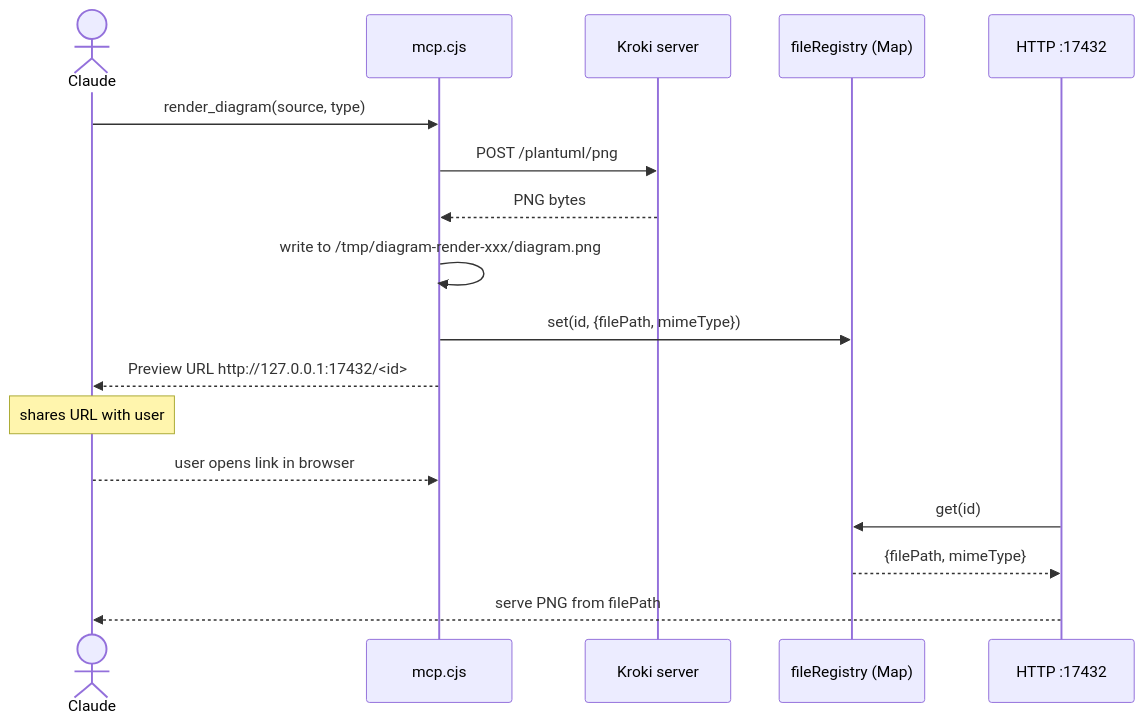
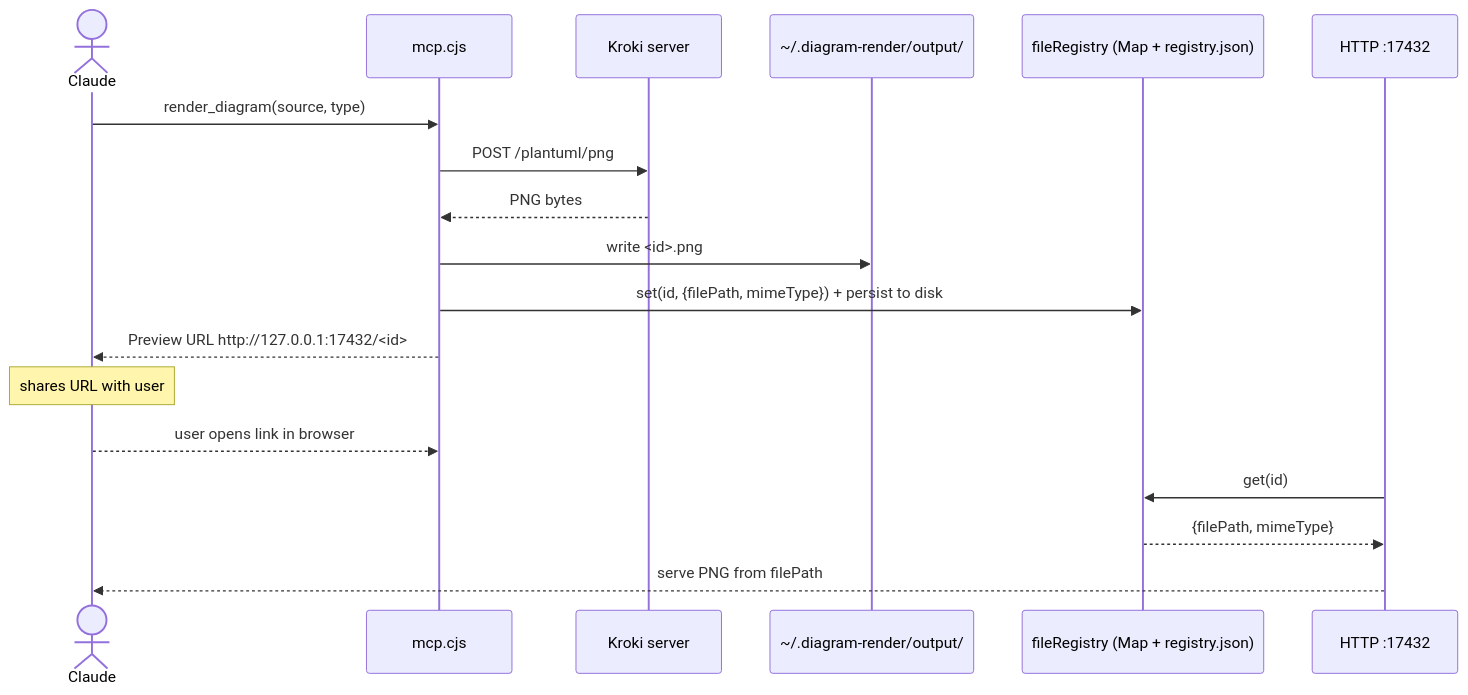
One commit to Dev-Dipesh/canopy changed the second of 2 diagrams in src/public/architecture.md. Above: the diagram before and after it, drawn with Mermaid. The commit also changed other lines of this file and 2 other files, not shown here.

Commit message:
docs: update architecture diagrams to reflect persistent storage
- PlantUML overview: add ~/.diagram-render/output/ database node, update
  fileRegistry label to show it is persisted to registry.json
- Mermaid sequence: replace /tmp/ write step with ~/.diagram-render/output/,
  update Reg participant to show disk persistence

````diff
--- a/src/public/architecture.md
+++ b/src/public/architecture.md
@@ -59,20 +61,21 @@
 ```mermaid "mcp-flow"
 sequenceDiagram
     actor Claude
     participant MCP as mcp.cjs
     participant Kroki as Kroki server
-    participant Reg as fileRegistry (Map)
+    participant Store as ~/.diagram-render/output/
+    participant Reg as fileRegistry (Map + registry.json)
     participant HTTP as HTTP :17432
 
     Claude->>MCP: render_diagram(source, type)
     MCP->>Kroki: POST /plantuml/png
     Kroki-->>MCP: PNG bytes
-    MCP->>MCP: write to /tmp/diagram-render-xxx/diagram.png
-    MCP->>Reg: set(id, {filePath, mimeType})
+    MCP->>Store: write <id>.png
+    MCP->>Reg: set(id, {filePath, mimeType}) + persist to disk
     MCP-->>Claude: Preview URL http://127.0.0.1:17432/<id>
     Note over Claude: shares URL with user
     Claude-->>MCP: user opens link in browser
     HTTP->>Reg: get(id)
     Reg-->>HTTP: {filePath, mimeType}
     HTTP-->>Claude: serve PNG from filePath
 ```
````
